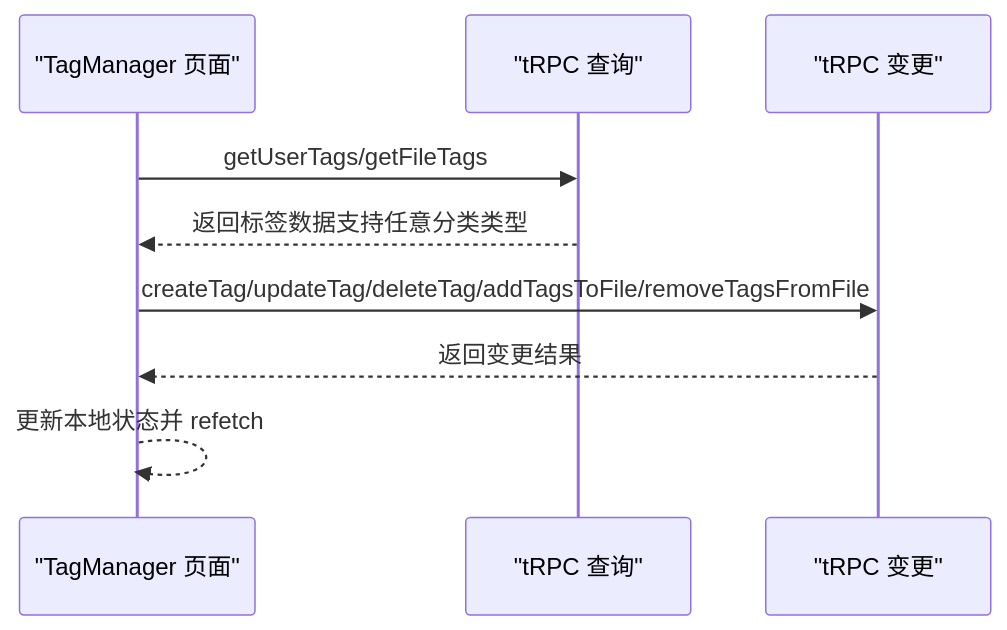
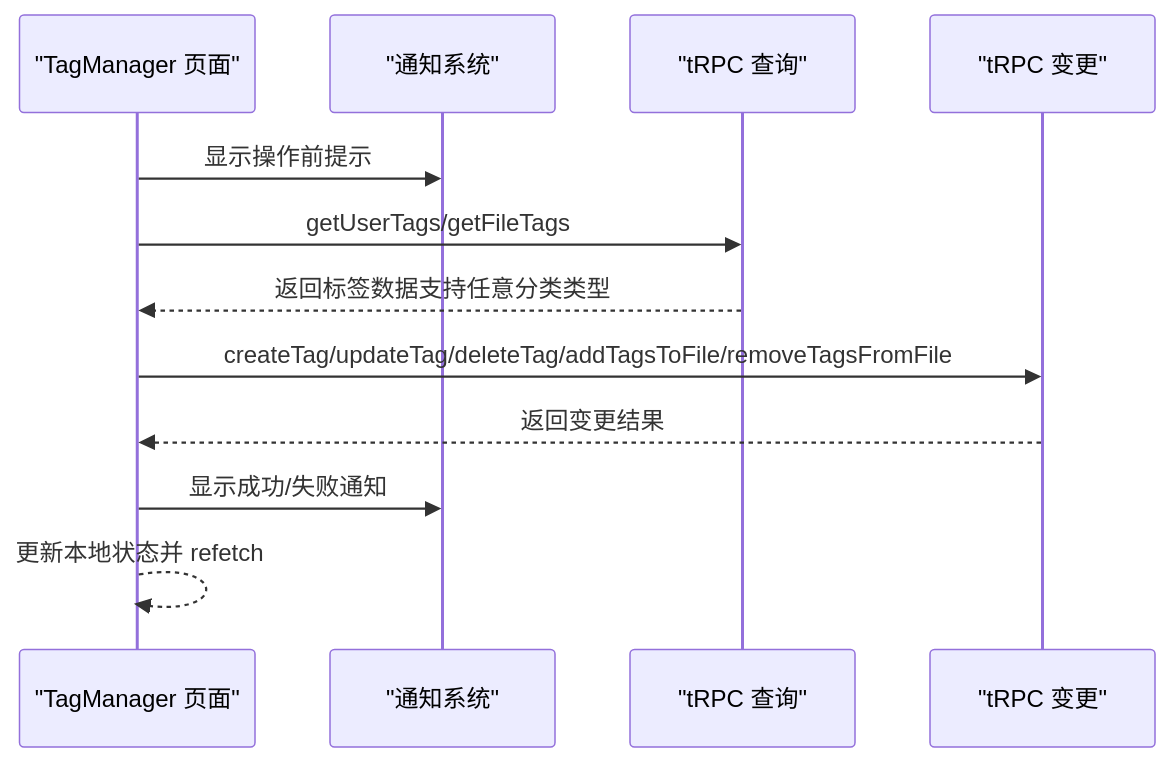
The eighth of 10 diagrams in .qoder/repowiki/zh/content/核心功能模块/标签管理系统.md (RadiumAg/image-saas), drawn with Mermaid before and after one commit. The commit also changed other lines of this file and 4 other files, not shown here.

````diff
--- a/.qoder/repowiki/zh/content/核心功能模块/标签管理系统.md
+++ b/.qoder/repowiki/zh/content/核心功能模块/标签管理系统.md
@@ -303,11 +344,14 @@
 ```mermaid
 sequenceDiagram
 participant Page as "TagManager 页面"
+participant Toast as "通知系统"
 participant TQuery as "tRPC 查询"
 participant TMut as "tRPC 变更"
+Page->>Toast : 显示操作前提示
 Page->>TQuery : getUserTags/getFileTags
 TQuery-->>Page : 返回标签数据支持任意分类类型
 Page->>TMut : createTag/updateTag/deleteTag/addTagsToFile/removeTagsFromFile
 TMut-->>Page : 返回变更结果
+Page->>Toast : 显示成功/失败通知
 Page-->>Page : 更新本地状态并 refetch
 ```
````
